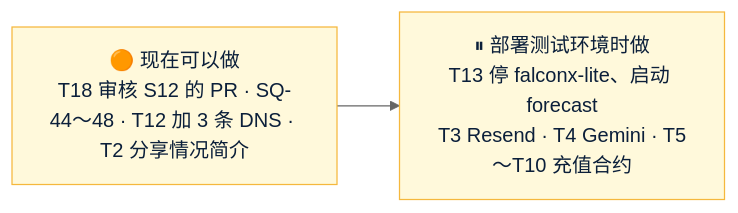
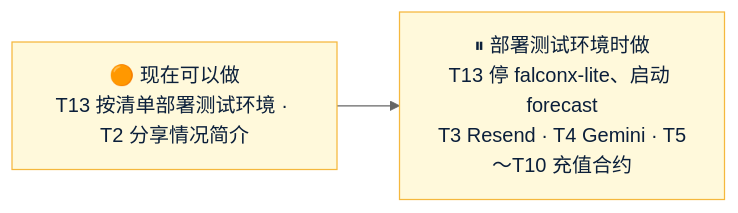
One commit to dollar3651314/forecast changed the diagram in Amos待办.md. Above: the diagram before and after it, drawn with Mermaid (neutral theme). The commit also changed other lines of this file, not shown here.

First line of the commit message:
Amos 待办 v1.28：#35 已合并，SQ-44～48 按建议，DNS 已生效，staging 已建

````diff
--- a/Amos待办.md
+++ b/Amos待办.md
@@ -10,6 +10,6 @@
 ```mermaid
 flowchart LR
-    T["🟠 现在可以做<br/>T18 审核 S12 的 PR · SQ-44～48 · T12 加 3 条 DNS · T2 分享情况简介"] --> D["⏸ 部署测试环境时做<br/>T13 停 falconx-lite、启动 forecast<br/>T3 Resend · T4 Gemini · T5～T10 充值合约"]
+    T["🟠 现在可以做<br/>T13 按清单部署测试环境 · T2 分享情况简介"] --> D["⏸ 部署测试环境时做<br/>T13 停 falconx-lite、启动 forecast<br/>T3 Resend · T4 Gemini · T5～T10 充值合约"]
     classDef amos fill:#FFF9DB,stroke:#F5B83D,color:#0B1F3A
     class T,D amos
 ```
````
